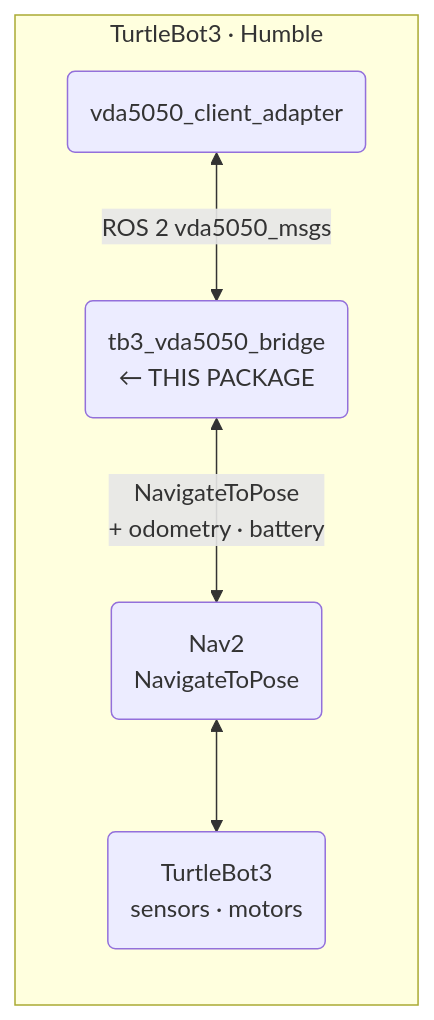
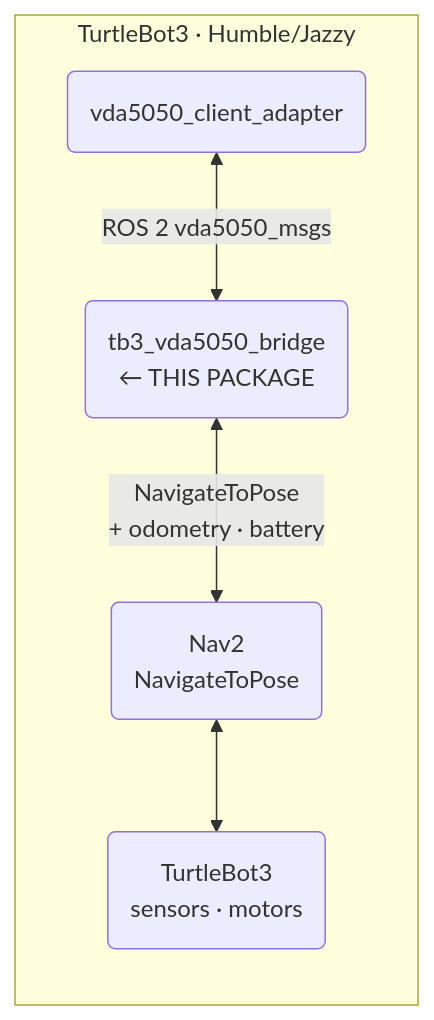
Before and after one commit to NhatTran-97/eiu-vda5050-support-open-rmf: the first of 3 diagrams in tb3_vda5050_bridge/README.md, drawn with Mermaid. The commit also changed other lines of this file and 1 other file, not shown here.

````diff
--- a/tb3_vda5050_bridge/README.md
+++ b/tb3_vda5050_bridge/README.md
@@ -11,13 +11,13 @@
 ```mermaid
 flowchart LR
-    subgraph robot ["TurtleBot3 · Humble"]
+    subgraph robot ["TurtleBot3 · Humble/Jazzy"]
         ca("vda5050_client_adapter")
         br("tb3_vda5050_bridge\n← THIS PACKAGE")
         nav2("Nav2\nNavigateToPose")
         tb3("TurtleBot3\nsensors · motors")
 
         ca  <-->|"ROS 2 vda5050_msgs"| br
         br  <-->|"NavigateToPose\n+ odometry · battery"| nav2
         nav2 <--> tb3
     end
 ```
````
